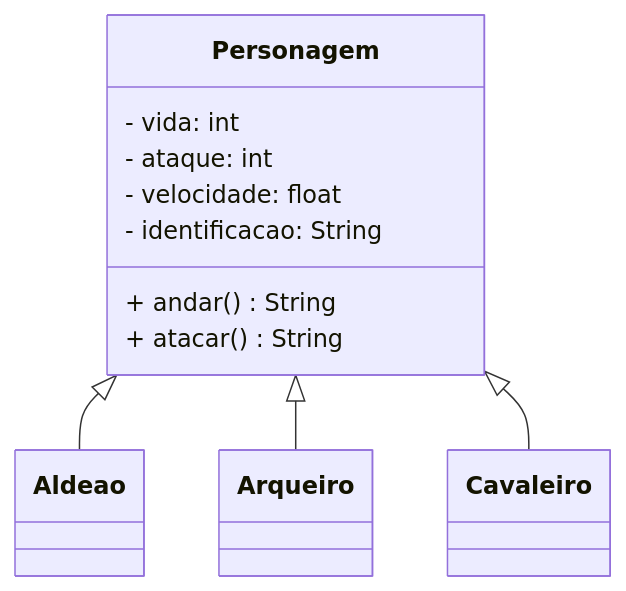
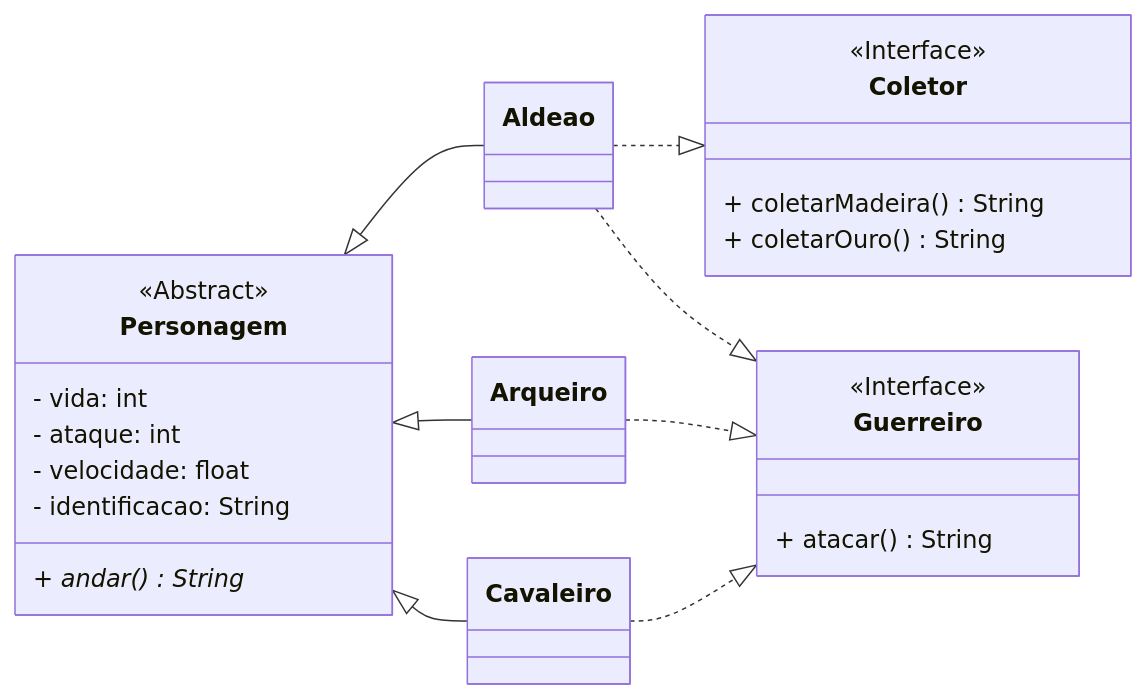
Before and after one commit to hiagosantos60/POO: the diagram in aula20/ex01/Readme.md, drawn with Mermaid. The commit also changed 12 other files, not shown here.

````diff
--- a/aula20/ex01/Readme.md
+++ b/aula20/ex01/Readme.md
@@ -13,18 +13,36 @@
 ``` mermaid
 classDiagram
-    direction BT
-
-    Aldeao --|> Personagem
-    Arqueiro --|> Personagem
-    Cavaleiro --|> Personagem
+    direction LR
 
     class Personagem {
+        <<Abstract>>
         - vida: int
         - ataque: int
         - velocidade: float
         - identificacao: String
-        + andar() String
+        + andar() String*
+    }
+
+    class Coletor {
+        <<Interface>>
+        + coletarMadeira() String
+        + coletarOuro() String
+    }
+
+    class Guerreiro {
+        <<Interface>>
         + atacar() String
     }
 
+    Personagem <|-- Aldeao
+    Personagem <|-- Arqueiro
+    Personagem <|-- Cavaleiro
+
+    Aldeao ..|> Coletor
+
+    Arqueiro ..|> Guerreiro
+    Cavaleiro ..|> Guerreiro
+    Aldeao ..|> Guerreiro
+
+
 ```
````
